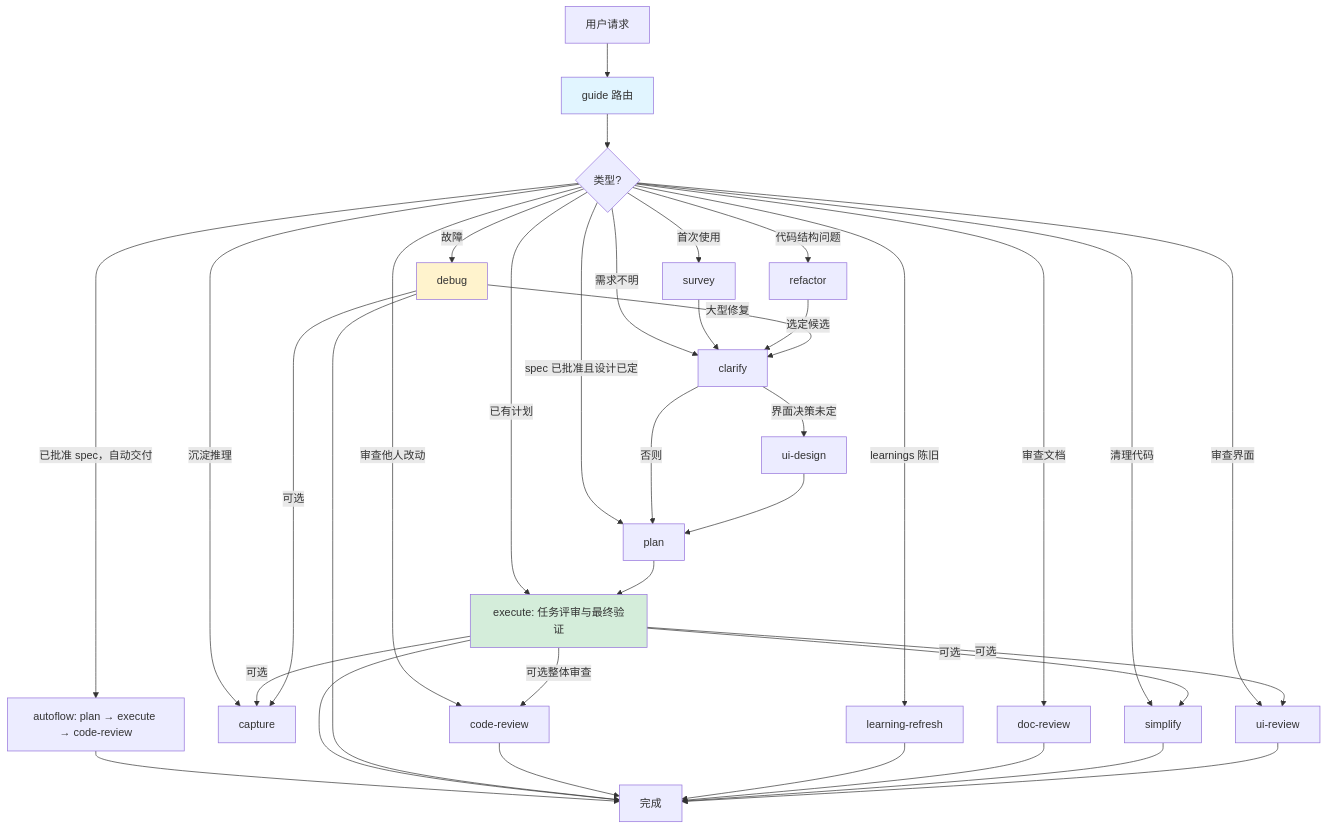
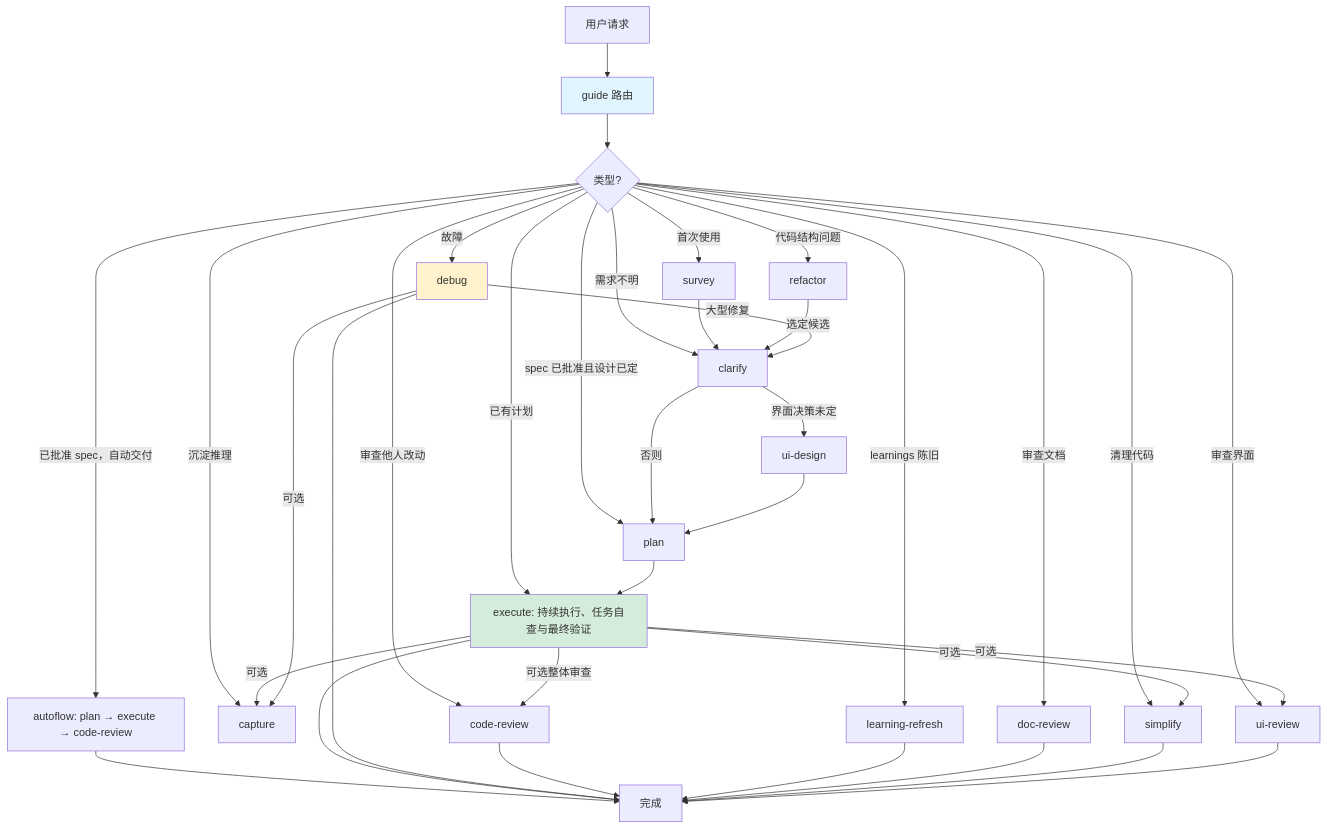
Before and after one commit to iron6909/coding-skills: the diagram in README.md, drawn with Mermaid. The commit also changed other lines of this file and 32 other files, not shown here.

````diff
--- a/README.md
+++ b/README.md
@@ -46,43 +46,43 @@
 ```mermaid
 graph TD
     A[用户请求] --> B[guide 路由]
     B --> C{类型?}
     C -->|首次使用| D[survey]
     C -->|需求不明| E[clarify]
     C -->|spec 已批准且设计已定| F[plan]
-    C -->|已有计划| G[execute: 任务评审与最终验证]
+    C -->|已有计划| G[execute: 持续执行、任务自查与最终验证]
     C -->|故障| H[debug]
     C -->|审查他人改动| I[code-review]
     C -->|代码结构问题| M[refactor]
     C -->|沉淀推理| N[capture]
     C -->|learnings 陈旧| O[learning-refresh]
     C -->|审查文档| P[doc-review]
     C -->|清理代码| Q[simplify]
     C -->|审查界面| S[ui-review]
     C -->|已批准 spec，自动交付| T[autoflow: plan → execute → code-review]
     T --> J
 
     D --> E
     E -->|界面决策未定| R[ui-design]
     E -->|否则| F
     R --> F
     F --> G
     G --> J[完成]
     G -->|可选整体审查| I
     H --> J
     I --> J
     M -->|选定候选| E
     H -->|大型修复| E
     G -->|可选| N
     H -->|可选| N
     G -->|可选| Q
     G -->|可选| S
     O --> J
     P --> J
     Q --> J
     S --> J
 
     style B fill:#e1f5ff
     style G fill:#d4edda
     style H fill:#fff3cd
 ```
````
